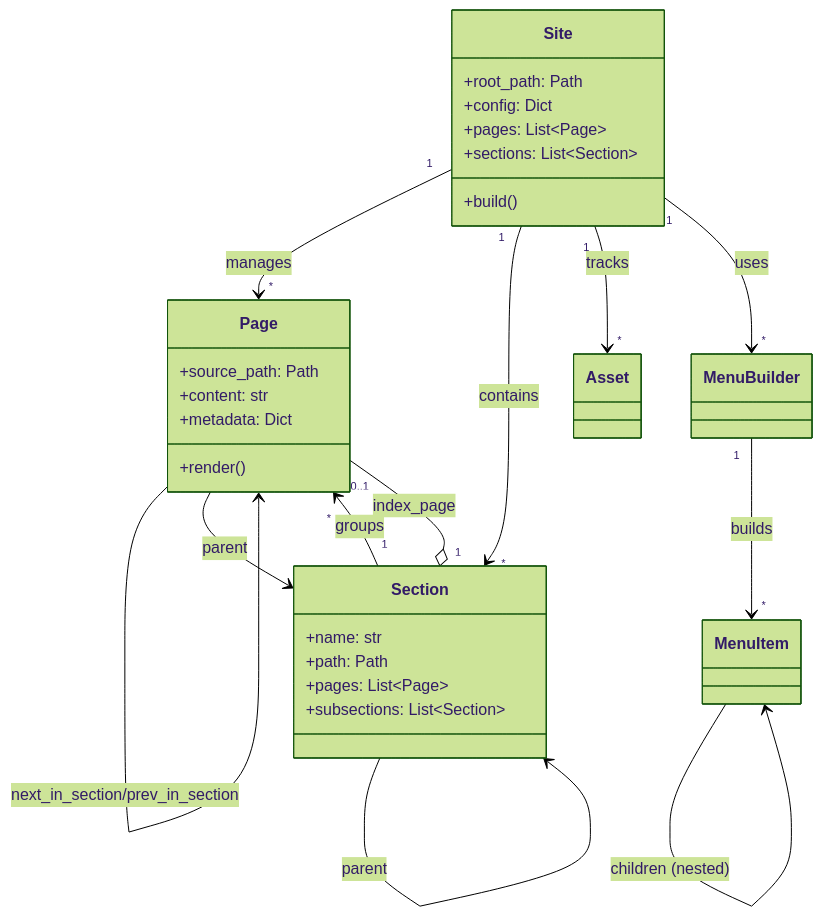
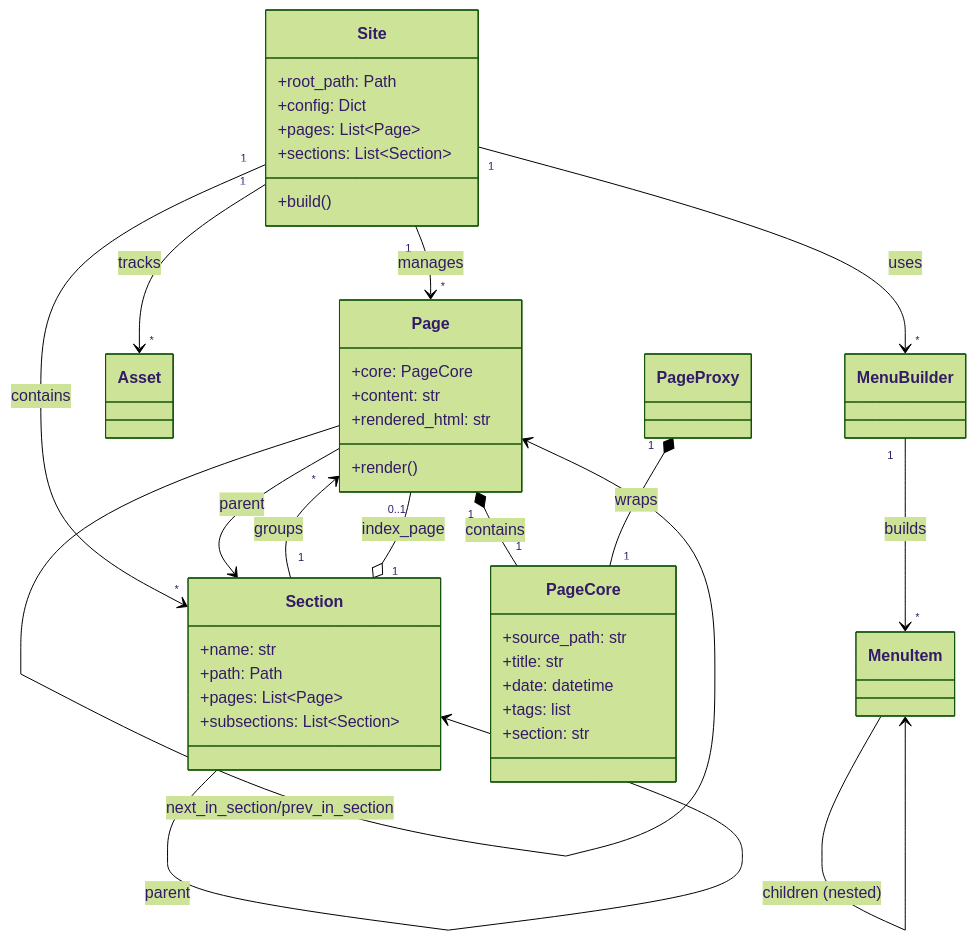
Before and after one commit to lbliii/bengal: the diagram in site/content/architecture/core/object-model.md, drawn with Mermaid (forest theme). The commit also changed other lines of this file and 16 other files, not shown here.

````diff
--- a/site/content/architecture/core/object-model.md
+++ b/site/content/architecture/core/object-model.md
@@ -146,38 +235,49 @@
 ```mermaid
 classDiagram
     Site "1" --> "*" Page : manages
     Site "1" --> "*" Section : contains
     Site "1" --> "*" Asset : tracks
     Site "1" --> "*" MenuBuilder : uses
     MenuBuilder "1" --> "*" MenuItem : builds
     Section "1" --> "*" Page : groups
     Section "1" o-- "0..1" Page : index_page
     Section "1" --> "*" Section : subsections
     Section --> Section : parent
     Page --> Page : next/prev
     Page --> Page : next_in_section/prev_in_section
     Page --> Section : parent
     MenuItem --> MenuItem : children (nested)
 
     class Site {
         +root_path: Path
         +config: Dict
         +pages: List~Page~
         +sections: List~Section~
         +build()
     }
 
     class Page {
-        +source_path: Path
+        +core: PageCore
         +content: str
-        +metadata: Dict
+        +rendered_html: str
         +render()
     }
+
+    class PageCore {
+        +source_path: str
+        +title: str
+        +date: datetime
+        +tags: list
+        +section: str
+    }
+
+    Page "1" *-- "1" PageCore : contains
+    PageProxy "1" *-- "1" PageCore : wraps
 
     class Section {
         +name: str
         +path: Path
         +pages: List~Page~
         +subsections: List~Section~
     }
 ```
````
